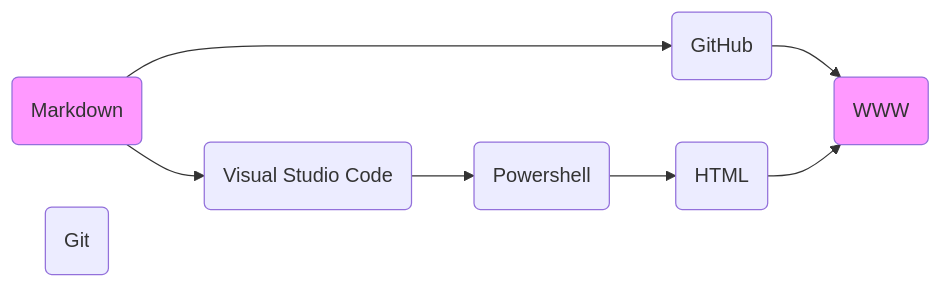
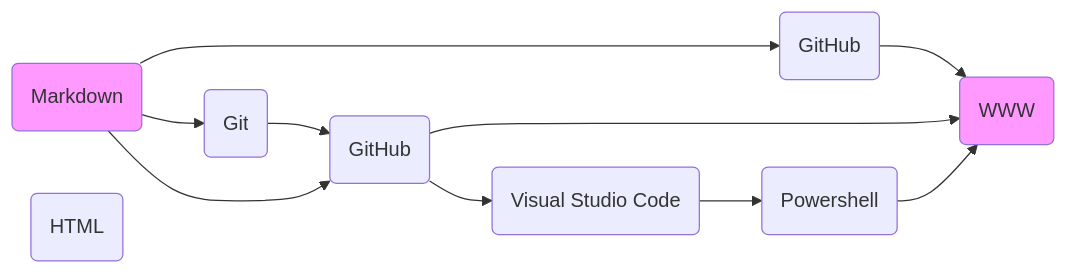
One commit to phdonner/phdonner changed the diagram in README.md. Above: the diagram before and after it, drawn with Mermaid.

````diff
--- a/README.md
+++ b/README.md
@@ -27,14 +27,16 @@
 ```mermaid
 flowchart LR
     id1(Markdown)
     id2(GitHub)
     id3(WWW)
     id4(Git)
-    id5(Visual Studio Code)
-    id6(Powershell)
-    id7(HTML)
+    id5(GitHub)
+    id6(Visual Studio Code)
+    id7(Powershell)
+    id8(HTML)
     id1-->id2-->id3;
+    id1-->id4-->id5-->id3;
     id1-->id5-->id6-->id7-->id3;
 style id1 fill:#f9f;
 style id3 fill:#f9f;
 ```
````
